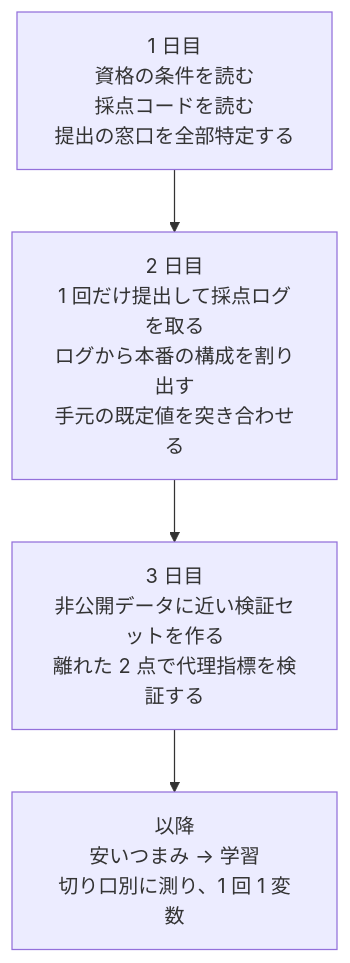
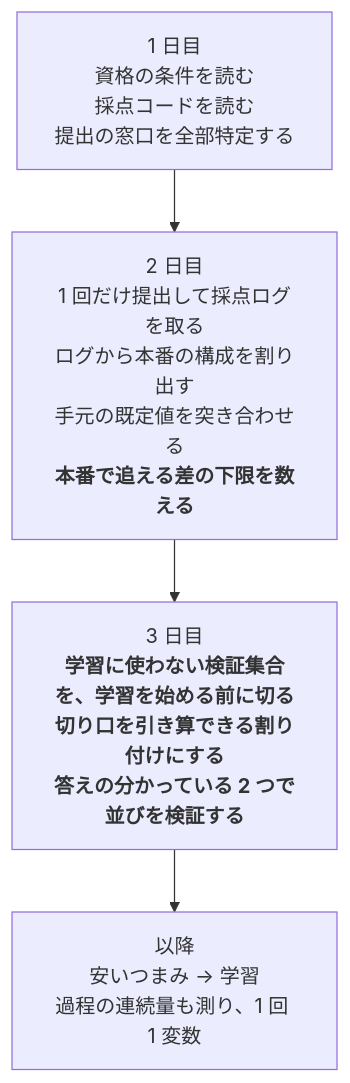
Before and after one commit to siruku6/PARC2026_pre: the diagram in docs/talk/lessons_learned.md, drawn with Mermaid. The commit also changed other lines of this file, not shown here.

````diff
--- a/docs/talk/lessons_learned.md
+++ b/docs/talk/lessons_learned.md
@@ -247,8 +409,8 @@
 ```mermaid
 flowchart TD
     D1["1 日目<br/>資格の条件を読む<br/>採点コードを読む<br/>提出の窓口を全部特定する"]
-    D2["2 日目<br/>1 回だけ提出して採点ログを取る<br/>ログから本番の構成を割り出す<br/>手元の既定値を突き合わせる"]
-    D3["3 日目<br/>非公開データに近い検証セットを作る<br/>離れた 2 点で代理指標を検証する"]
-    GO["以降<br/>安いつまみ → 学習<br/>切り口別に測り、1 回 1 変数"]
+    D2["2 日目<br/>1 回だけ提出して採点ログを取る<br/>ログから本番の構成を割り出す<br/>手元の既定値を突き合わせる<br/><b>本番で追える差の下限を数える</b>"]
+    D3["3 日目<br/><b>学習に使わない検証集合を、学習を始める前に切る</b><br/><b>切り口を引き算できる割り付けにする</b><br/><b>答えの分かっている 2 つで並びを検証する</b>"]
+    GO["以降<br/>安いつまみ → 学習<br/>過程の連続量も測り、1 回 1 変数"]
     D1 --> D2 --> D3 --> GO
 ```
````
